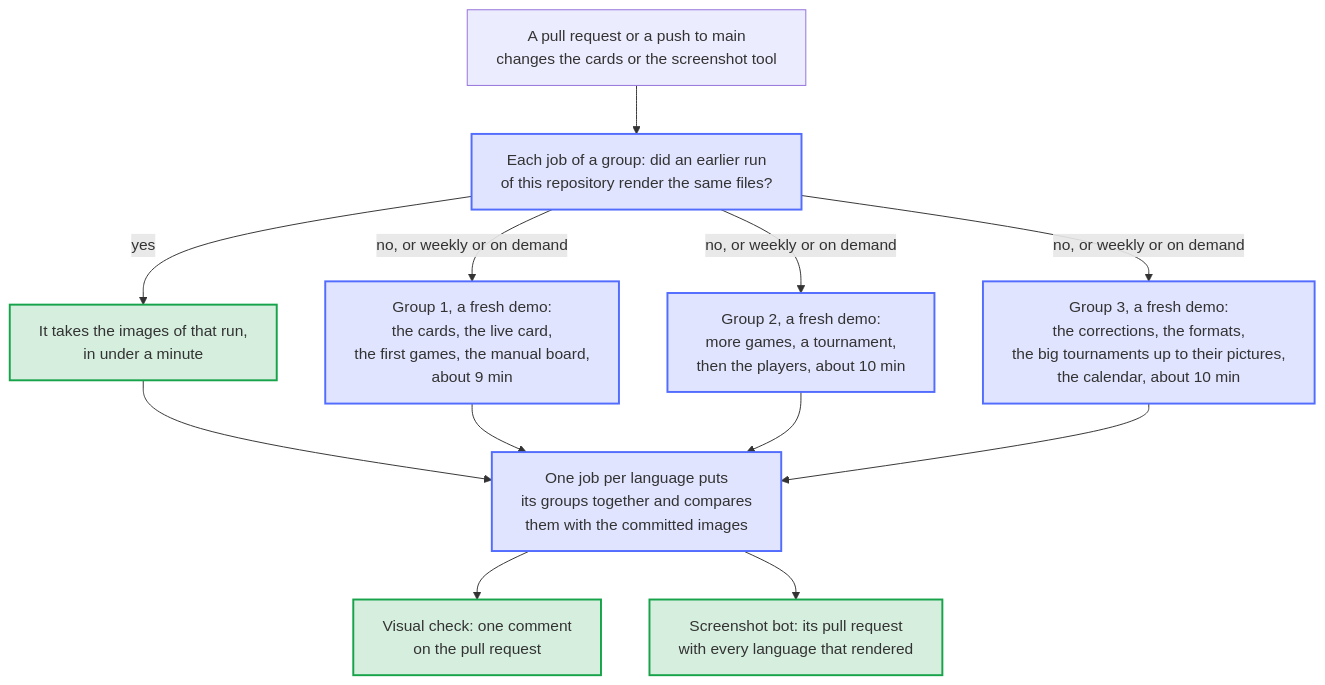
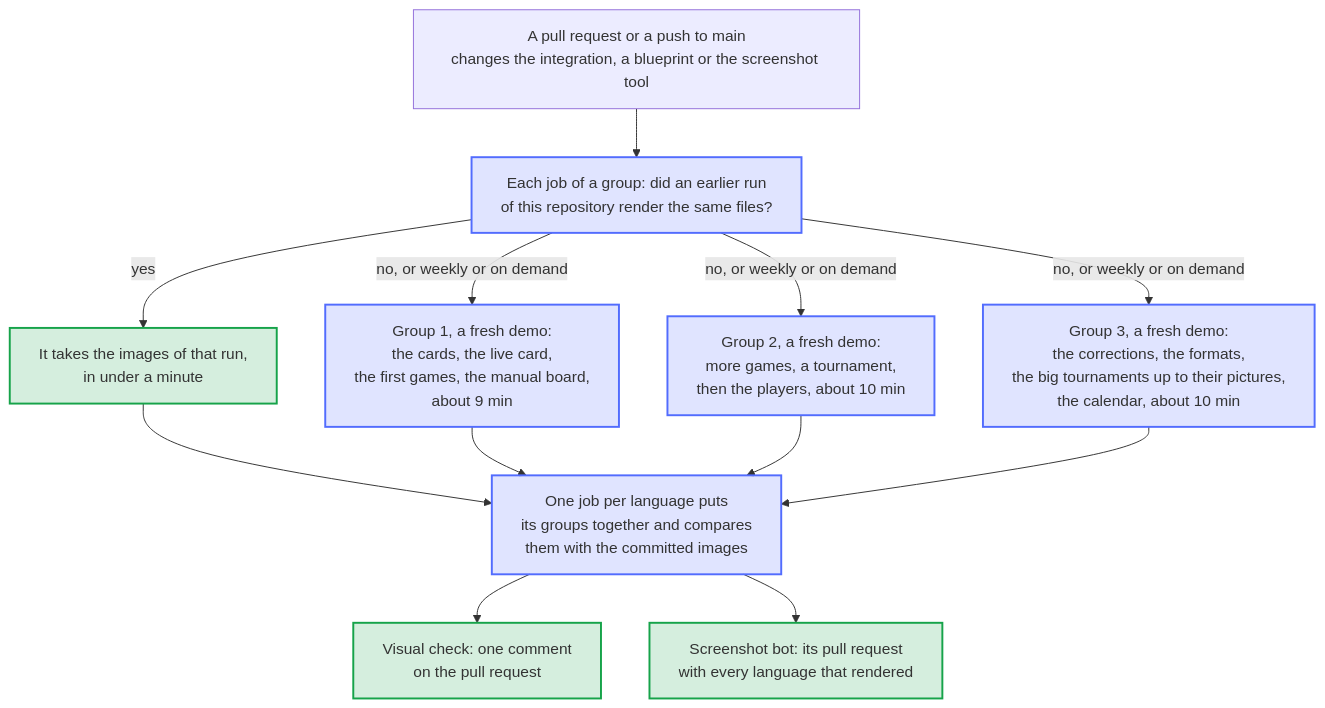
One commit to Dennis-Otto/homedarts-for-autodarts changed the diagram in docs/diagrams/screenshot-groups.en.mmd. Above: the diagram before and after it, drawn with Mermaid. The commit also changed 12 other files, not shown here.

First line of the commit message:
ci: start the visual check and the screenshot bot for integration and blueprint changes (#534)

```diff
--- a/docs/diagrams/screenshot-groups.en.mmd
+++ b/docs/diagrams/screenshot-groups.en.mmd
@@ -1,24 +1,24 @@
 ---
 config:
   flowchart:
     wrappingWidth: 400
 ---
 flowchart TB
   accTitle: How the visual check and the screenshot bot render the images in groups
   accDescr: Each language renders in three groups at once, each group on a runner of its own. First each job of a group looks for an earlier run of the visual check or of the screenshot bot, on a branch of this repository, that rendered the same files; it takes the images of that run in under a minute. Otherwise it renders them from a fresh demo. The cards, the first games and the dartboard without Autodarts make group 1, more games with the players group 2, the corrections of a dart, the formats, the big tournaments and the calendar group 3. Then one job per language puts the images of its three groups together and compares them with the committed images. The visual check writes the comparison into one comment on the pull request; the screenshot bot updates its pull request with every language that rendered.
 
-  START["A pull request or a push to main<br/>changes the cards or the screenshot tool"] --> KEY
+  START["A pull request or a push to main<br/>changes the integration, a blueprint or the screenshot tool"] --> KEY
   KEY["Each job of a group: did an earlier run<br/>of this repository render the same files?"]
   KEY -->|"yes"| TAKE["It takes the images of that run,<br/>in under a minute"]
   KEY -->|"no, or weekly or on demand"| G1 & G2 & G3
   G1["Group 1, a fresh demo:<br/>the cards, the live card,<br/>the first games, the manual board,<br/>about 9 min"]
   G2["Group 2, a fresh demo:<br/>more games, a tournament,<br/>then the players, about 10 min"]
   G3["Group 3, a fresh demo:<br/>the corrections, the formats,<br/>the big tournaments up to their pictures,<br/>the calendar, about 10 min"]
   TAKE & G1 & G2 & G3 --> COLLECT["One job per language puts<br/>its groups together and compares<br/>them with the committed images"]
   COLLECT --> COMMENT["Visual check: one comment<br/>on the pull request"]
   COLLECT --> BOT["Screenshot bot: its pull request<br/>with every language that rendered"]
 
   classDef bot fill:#526cfe2e,stroke:#526cfe,stroke-width:2px
   classDef done fill:#16a34a2e,stroke:#16a34a,stroke-width:2px
   class KEY,G1,G2,G3,COLLECT bot
   class TAKE,COMMENT,BOT done
```
